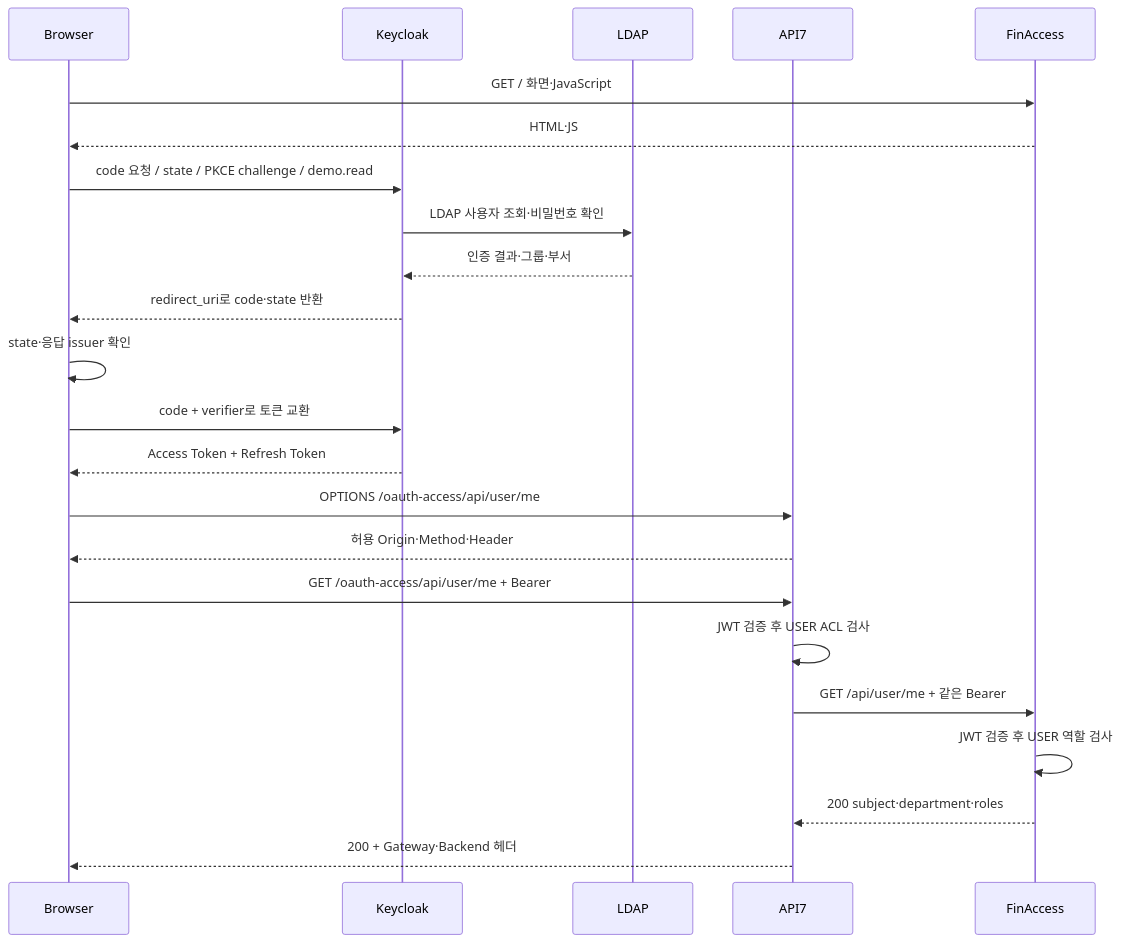
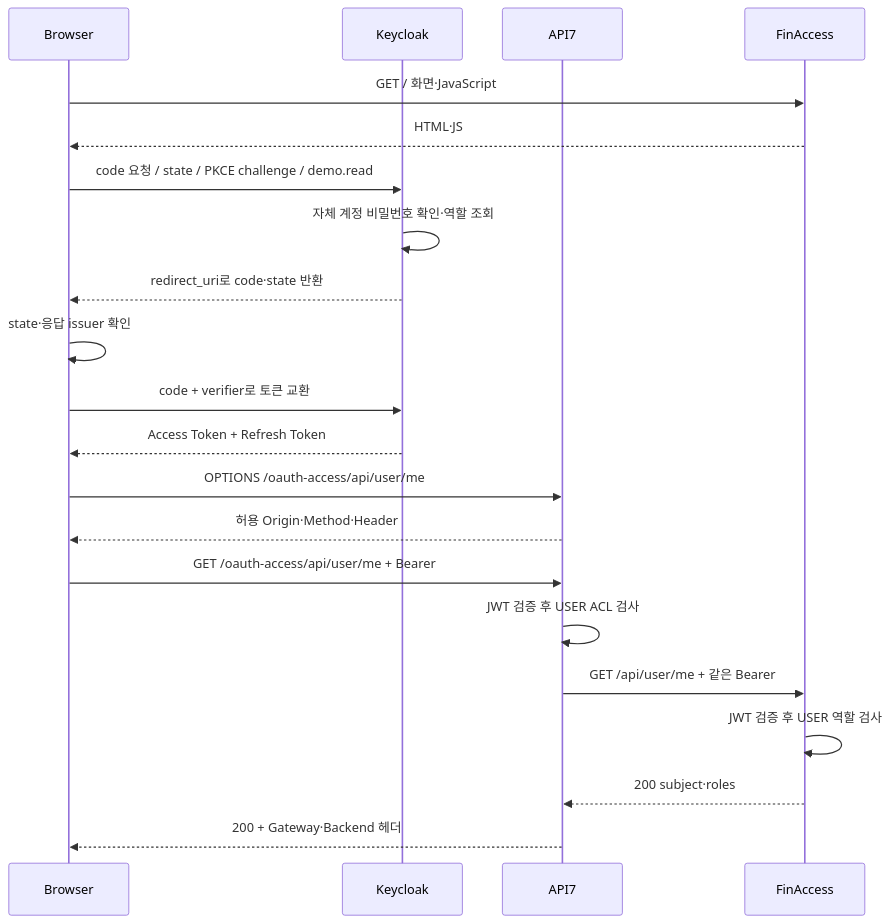
The third of 4 diagrams in docs/current/02-architecture.md (Greenapple0101/finadmin), drawn with Mermaid before and after one commit. The commit also changed other lines of this file and 22 other files, not shown here.

Commit message:
Remove LDAP integration and use native Keycloak accounts

````diff
--- a/docs/current/02-architecture.md
+++ b/docs/current/02-architecture.md
@@ -56,25 +53,23 @@
 ```mermaid
 sequenceDiagram
     participant Browser
     participant Keycloak
-    participant LDAP
     participant API7
     participant FinAccess
     Browser->>FinAccess: GET / 화면·JavaScript
     FinAccess-->>Browser: HTML·JS
     Browser->>Keycloak: code 요청 / state / PKCE challenge / demo.read
-    Keycloak->>LDAP: LDAP 사용자 조회·비밀번호 확인
-    LDAP-->>Keycloak: 인증 결과·그룹·부서
+    Keycloak->>Keycloak: 자체 계정 비밀번호 확인·역할 조회
     Keycloak-->>Browser: redirect_uri로 code·state 반환
     Browser->>Browser: state·응답 issuer 확인
     Browser->>Keycloak: code + verifier로 토큰 교환
     Keycloak-->>Browser: Access Token + Refresh Token
     Browser->>API7: OPTIONS /oauth-access/api/user/me
     API7-->>Browser: 허용 Origin·Method·Header
     Browser->>API7: GET /oauth-access/api/user/me + Bearer
     API7->>API7: JWT 검증 후 USER ACL 검사
     API7->>FinAccess: GET /api/user/me + 같은 Bearer
     FinAccess->>FinAccess: JWT 검증 후 USER 역할 검사
-    FinAccess-->>API7: 200 subject·department·roles
+    FinAccess-->>API7: 200 subject·roles
     API7-->>Browser: 200 + Gateway·Backend 헤더
 ```
````
